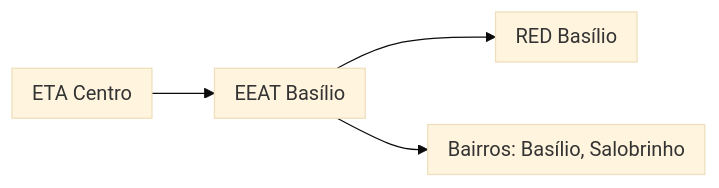
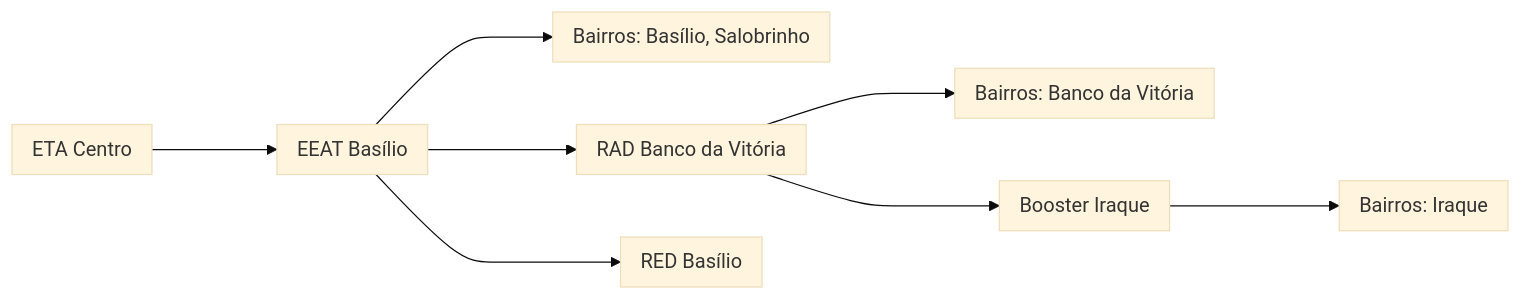
Before and after one commit to iagovls/CCO-Documentation: the first of 10 diagrams in README.md, drawn with Mermaid (base theme).

````diff
--- a/README.md
+++ b/README.md
@@ -61,19 +61,36 @@
 ```mermaid
 flowchart LR
     subgraph ETA["ETA Centro"]
     end
 
     subgraph B1["EEAT Basílio"]
     end
 
     subgraph B2["RED Basílio"]
     end
+
+    subgraph B3["RAD Banco da Vitória"]
+    end
+
+    subgraph B4["Booster Iraque"]
+    end
     
 
-    subgraph Bairro[" Bairros: Basílio, Salobrinho "]
+    subgraph Bairro1[" Bairros: Basílio, Salobrinho "]
     end
 
-    ETA --> B1
-    B1 --> B2
-    B1 --> Bairro
+    subgraph Bairro2[" Bairros: Banco da Vitória"]
+    end
+
+    subgraph Bairro3[" Bairros: Iraque"]
+    end
+
+
+    ETA ---> B1
+    B1 ---> B3
+    B3 ---> B4
+    B1 ---> B2
+    B1 ---> Bairro1
+    B3 ---> Bairro2
+    B4 ---> Bairro3
 ```
````
